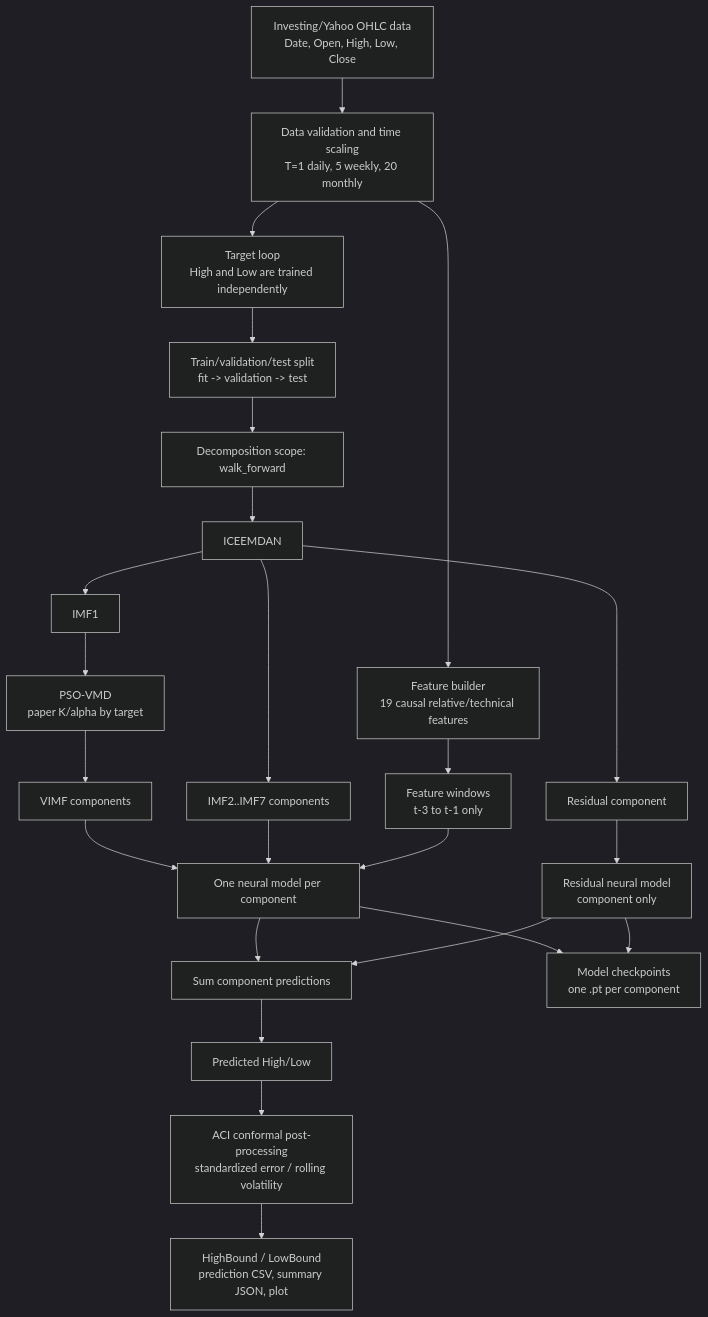
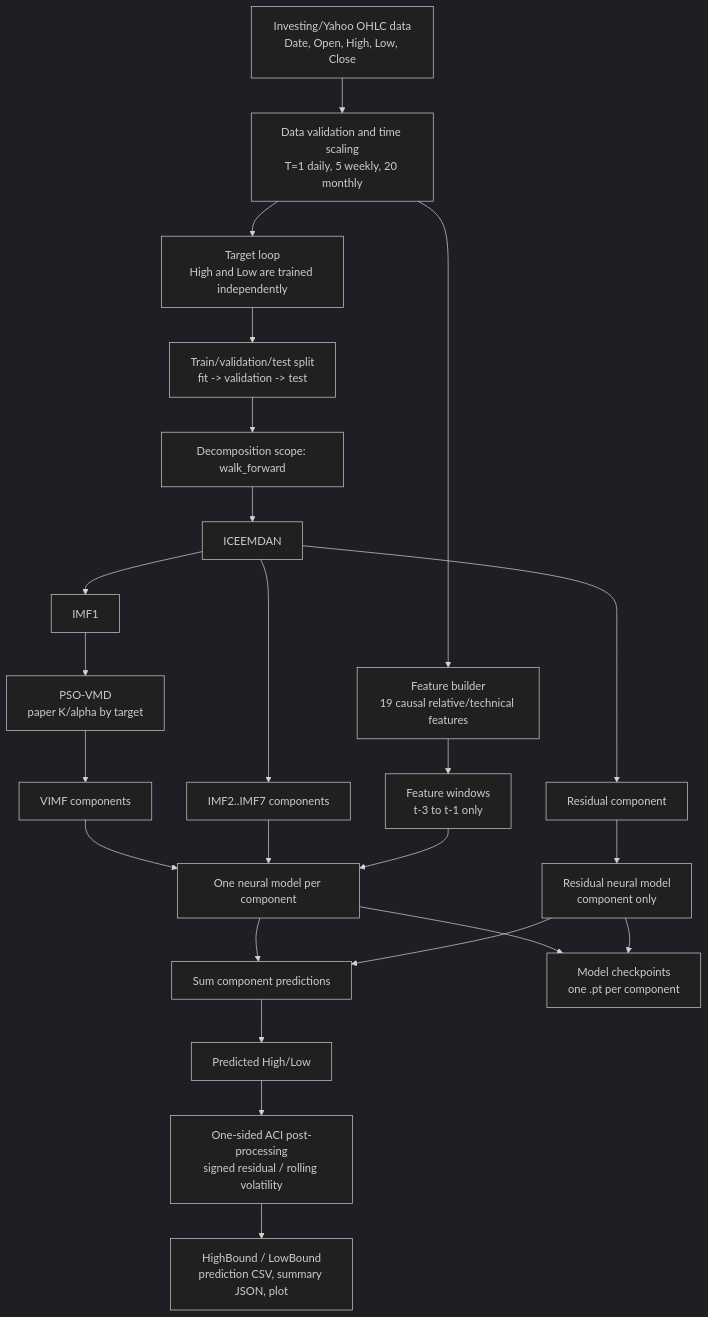
One commit to FrancisSu09/ML_final_project changed the first of 2 diagrams in reports/project_architecture.md. Above: the diagram before and after it, drawn with Mermaid (dark theme). The commit also changed other lines of this file and 7 other files, not shown here.

Commit message:
Add signed one-sided ACI coverage diagnostics

````diff
--- a/reports/project_architecture.md
+++ b/reports/project_architecture.md
@@ -7,26 +7,26 @@
 ```mermaid
 flowchart TD
     A[Investing/Yahoo OHLC data<br/>Date, Open, High, Low, Close] --> B[Data validation and time scaling<br/>T=1 daily, 5 weekly, 20 monthly]
     B --> C[Target loop<br/>High and Low are trained independently]
     B --> F[Feature builder<br/>19 causal relative/technical features]
     C --> D[Train/validation/test split<br/>fit -> validation -> test]
     D --> E[Decomposition scope: walk_forward]
     E --> G[ICEEMDAN]
     G --> H[IMF1]
     H --> I[PSO-VMD<br/>paper K/alpha by target]
     I --> J[VIMF components]
     G --> K[IMF2..IMF7 components]
     G --> L[Residual component]
     F --> M[Feature windows<br/>t-3 to t-1 only]
     J --> N[One neural model per component]
     K --> N
     L --> O[Residual neural model<br/>component only]
     M --> N
     N --> P[Sum component predictions]
     O --> P
     P --> Q[Predicted High/Low]
-    Q --> R[ACI conformal post-processing<br/>standardized error / rolling volatility]
+    Q --> R[One-sided ACI post-processing<br/>signed residual / rolling volatility]
     R --> S[HighBound / LowBound<br/>prediction CSV, summary JSON, plot]
     N --> T[Model checkpoints<br/>one .pt per component]
     O --> T
 ```
````
